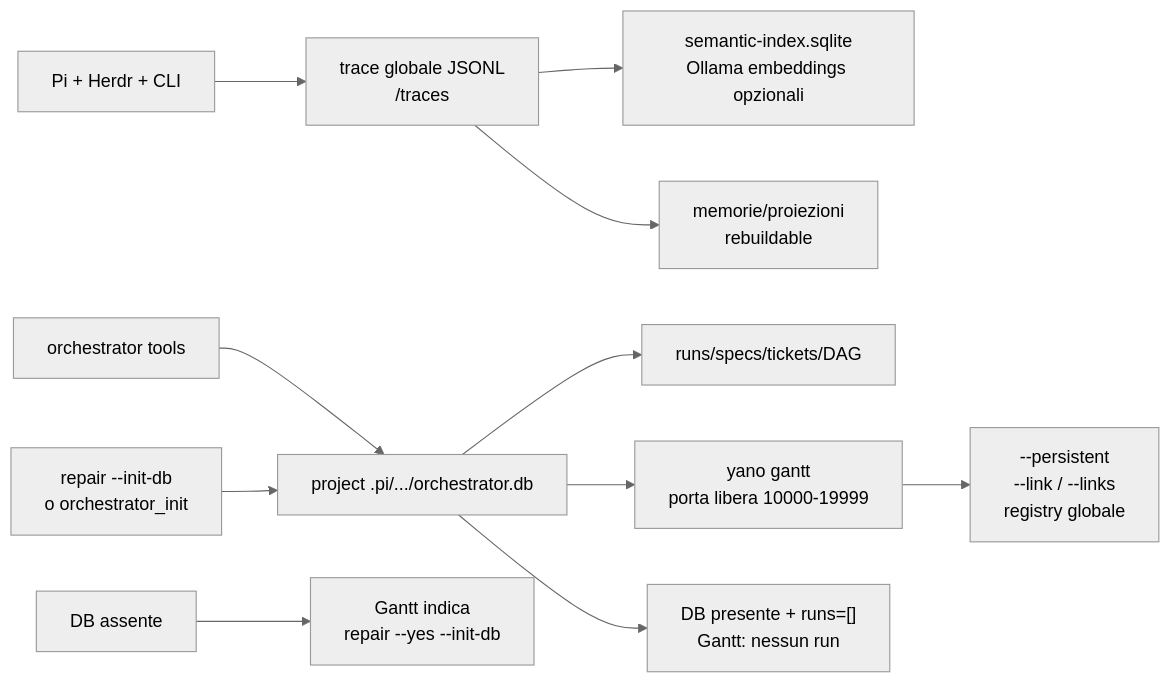
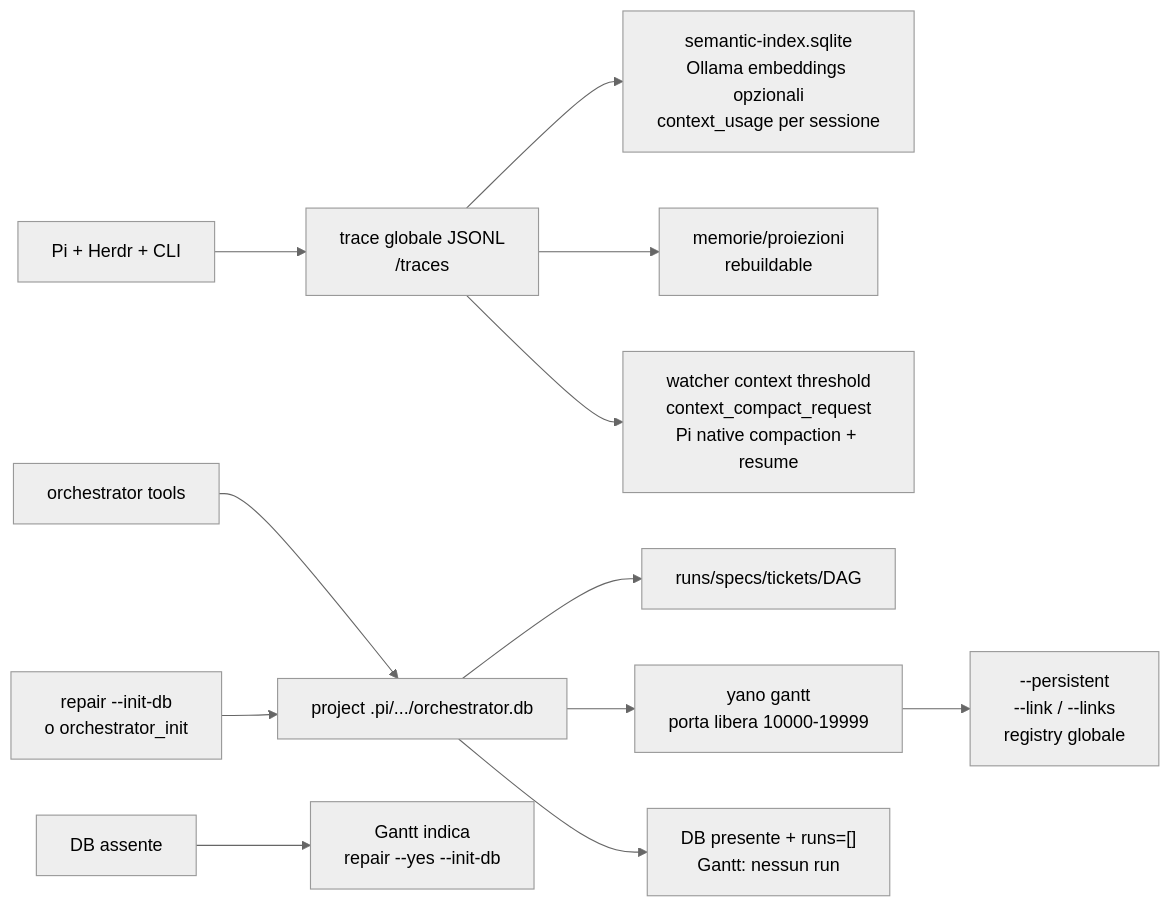
Before and after one commit to alessiobacin/yano-orchestrator: the diagram in docs/diagramma/05-trace-db-gantt.mmd, drawn with Mermaid (neutral theme). The commit also changed 49 other files, not shown here.

First line of the commit message:
Enhance Yano Watcher and Context Compaction Features

```diff
--- a/docs/diagramma/05-trace-db-gantt.mmd
+++ b/docs/diagramma/05-trace-db-gantt.mmd
@@ -1,11 +1,12 @@
 flowchart LR
     AGENTS["Pi + Herdr + CLI"] --> JSONL["trace globale JSONL\n<YANO_DATA_DIR>/traces"]
-    JSONL --> INDEX["semantic-index.sqlite\nOllama embeddings opzionali"]
+    JSONL --> INDEX["semantic-index.sqlite\nOllama embeddings opzionali\ncontext_usage per sessione"]
     JSONL --> MEMORY["memorie/proiezioni\nrebuildable"]
     PLANNER["orchestrator tools"] --> DB["project .pi/.../orchestrator.db"]
     DB --> RUNS["runs/specs/tickets/DAG"]
     DB --> GANTT["yano gantt\nporta libera 10000-19999"]
     GANTT --> LINKS["--persistent\n--link / --links\nregistry globale"]
     INIT["repair --init-db\no orchestrator_init"] --> DB
     DB --> EMPTY["DB presente + runs=[]\nGantt: nessun run"]
     MISSING["DB assente"] --> HINT["Gantt indica\nrepair --yes --init-db"]
+    JSONL --> COMPACT["watcher context threshold\ncontext_compact_request\nPi native compaction + resume"]
```
